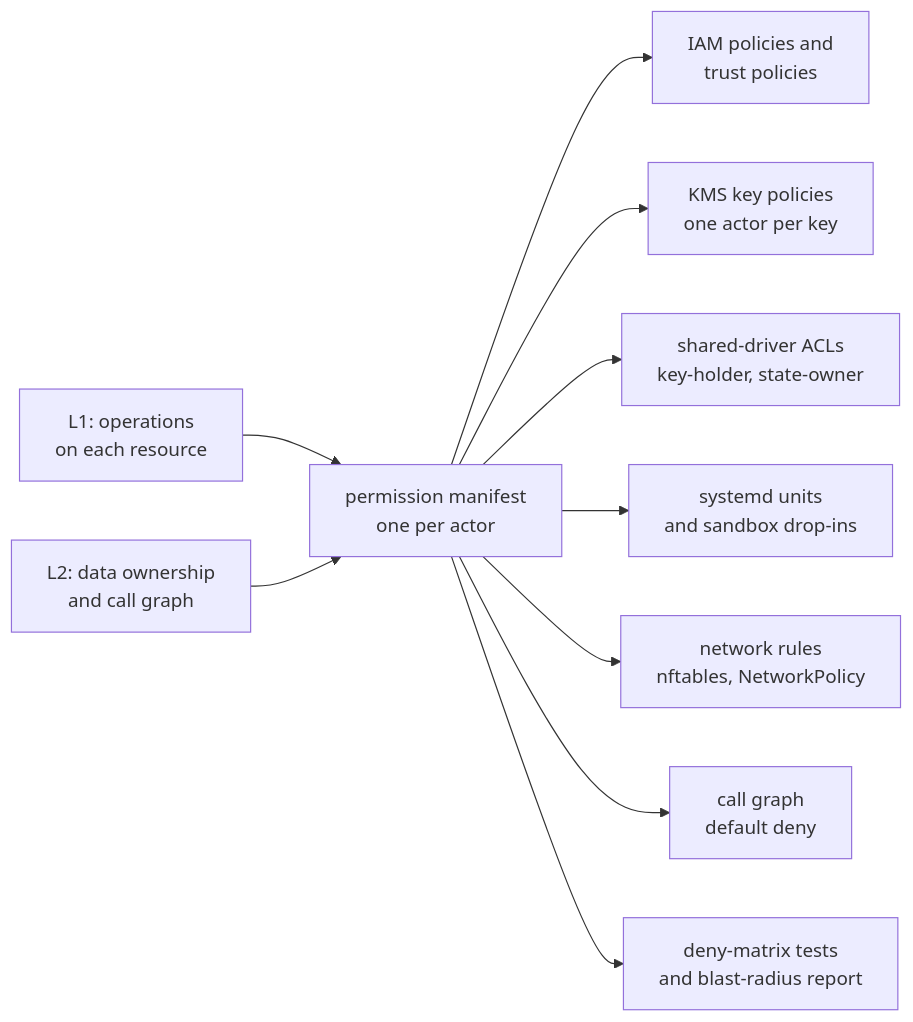
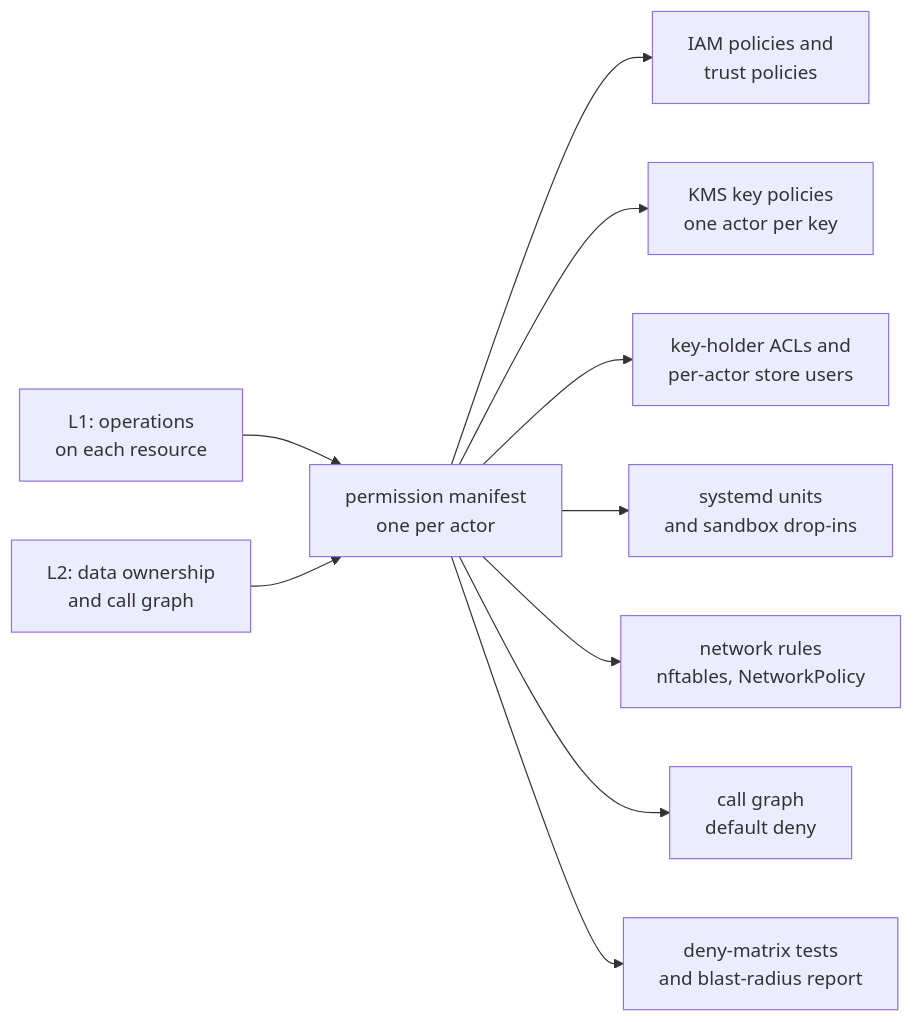
Before and after one commit to truvity/sluis: the diagram in docs/architecture/index.md, drawn with Mermaid. The commit also changed 33 other files, not shown here.

````diff
--- a/docs/architecture/index.md
+++ b/docs/architecture/index.md
@@ -25,14 +25,14 @@
 ```mermaid
 flowchart LR
   l1["L1: operations<br/>on each resource"] --> m
   l2["L2: data ownership<br/>and call graph"] --> m
   m["permission manifest<br/>one per actor"]
 
   m --> iam["IAM policies and<br/>trust policies"]
   m --> kms["KMS key policies<br/>one actor per key"]
-  m --> acl["shared-driver ACLs<br/>key-holder, state-owner"]
+  m --> acl["key-holder ACLs and<br/>per-actor store users"]
   m --> units["systemd units<br/>and sandbox drop-ins"]
   m --> net["network rules<br/>nftables, NetworkPolicy"]
   m --> cg["call graph<br/>default deny"]
   m --> tests["deny-matrix tests<br/>and blast-radius report"]
 ```
````
